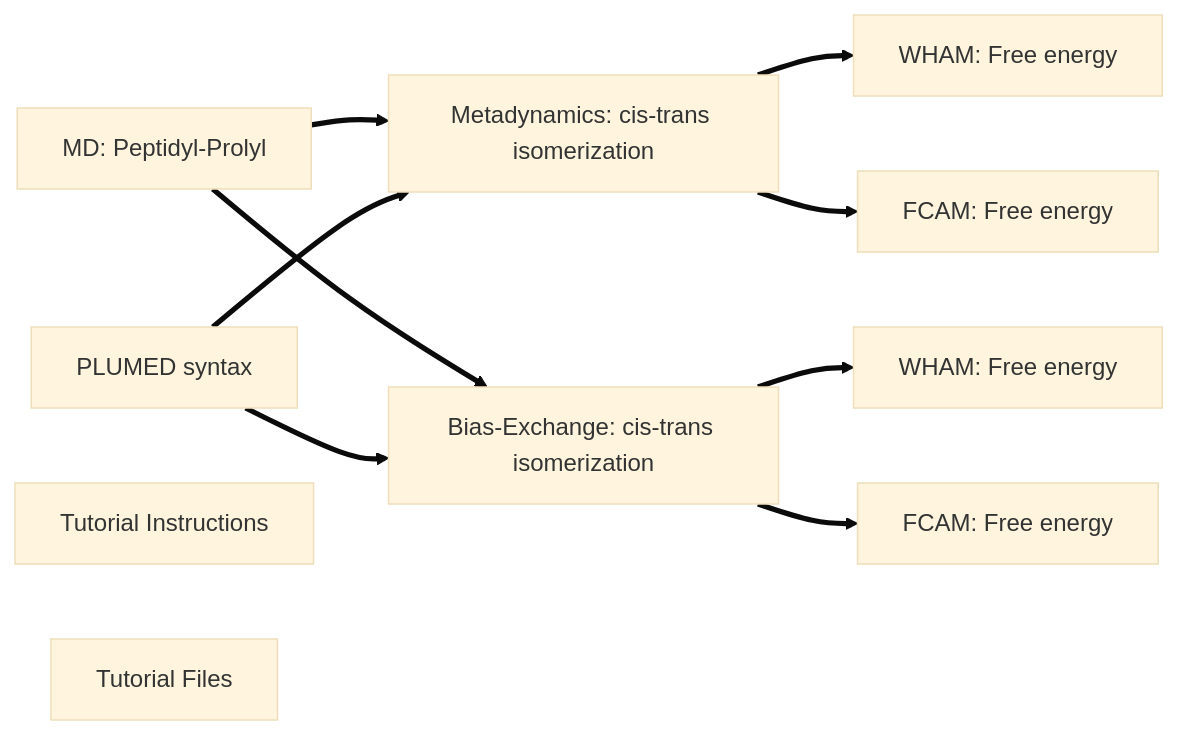
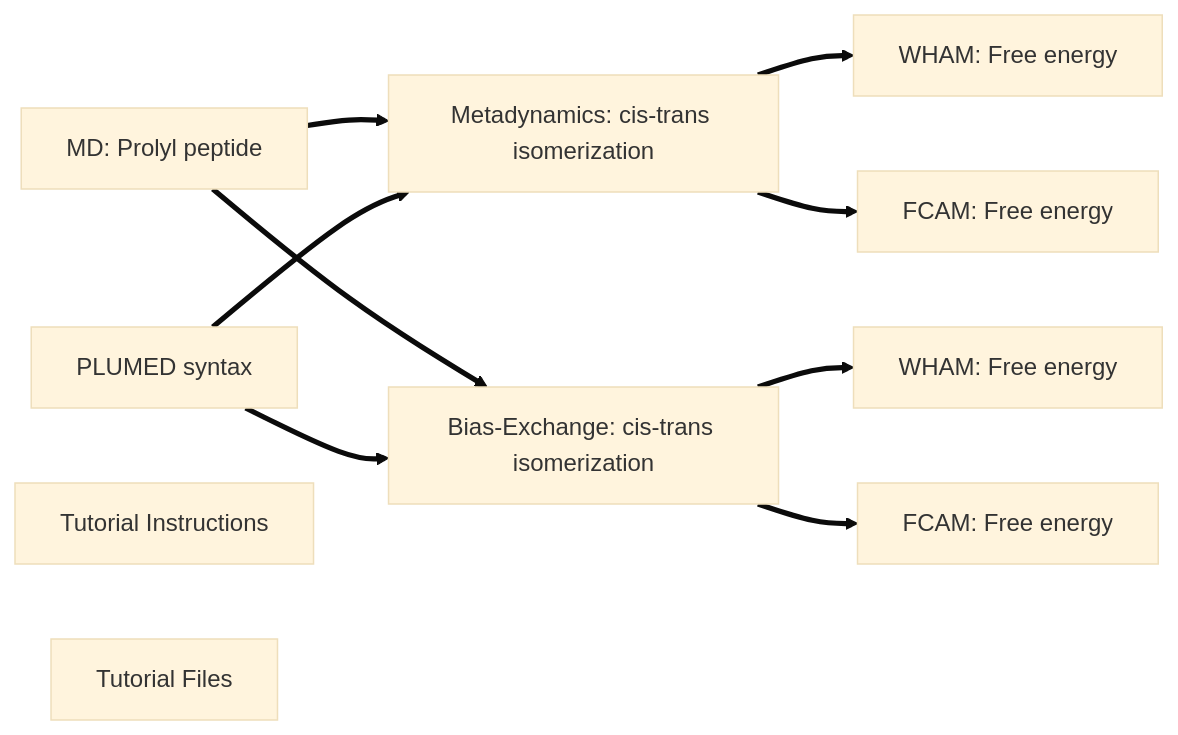
Before and after one commit to fabsugar/plumed-tutorial-be-aapak: the diagram in NAVIGATION.md, drawn with Mermaid (base theme). The commit also changed other lines of this file, not shown here.

````diff
--- a/NAVIGATION.md
+++ b/NAVIGATION.md
@@ -1,21 +1,23 @@
 ```mermaid
 flowchart LR
-A[MD: Peptidyl-Prolyl] ==> B[Metadynamics: cis-trans isomerization]
-A[MD: Peptidyl-Prolyl] ==> C[Bias-Exchange: cis-trans isomerization]
+A[MD: Prolyl peptide] ==> B[Metadynamics: cis-trans isomerization]
+A[MD: Prolyl peptide] ==> C[Bias-Exchange: cis-trans isomerization]
 D[PLUMED syntax] ==> B[Metadynamics: cis-trans isomerization]
 D[PLUMED syntax] ==> C[Bias-Exchange: cis-trans isomerization]
 B[Metadynamics: cis-trans isomerization]==>E[WHAM: Free energy]
 C[Bias-Exchange: cis-trans isomerization]==>F[WHAM: Free energy]
 B[Metadynamics: cis-trans isomerization]==>H[FCAM: Free energy]
 C[Bias-Exchange: cis-trans isomerization]==>I[FCAM: Free energy]
 G[Tutorial Instructions]
 L[Tutorial Files]
 
+click B "2d_meta" "bi-dimensional metadynamics of the cis-trans isomerization of Prolyl peptide"
+click C "bias_exchange" "bias exchange metadynamics of the cis-trans isomerization of Prolyl peptide"
 click E "metagui" "metagu3: VMD plugin for cluster and free energy analysis (Giorgino et al. Comp Phys Comm 2017)"
 click F "metagui" "metagu3: VMD plugin for cluster and free energy analysis (Giorgino et al. Comp Phys Comm 2017)"
 click H "fcam" "FCAM: free energy calculation based on mean forces (Marinelli et al. JCTC 2021)"
 click I "fcam" "FCAM: free energy calculation based on mean forces (Marinelli et al. JCTC 2021)"
 click D "basics" "A tutorial on the basic plumed syntax"
 click G "protocol1_md-meta-be.pdf" "Tutorial Instructions"
 click L "files" "Tutorial Files"
 ```
````
